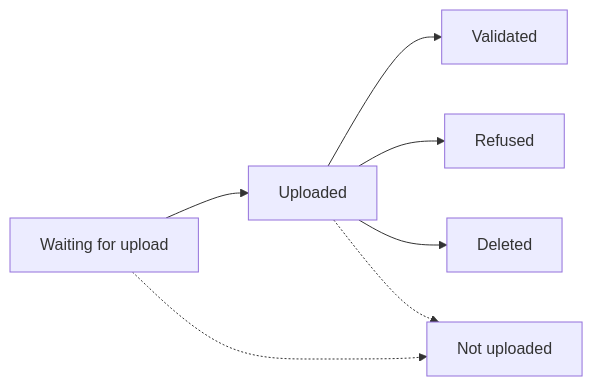
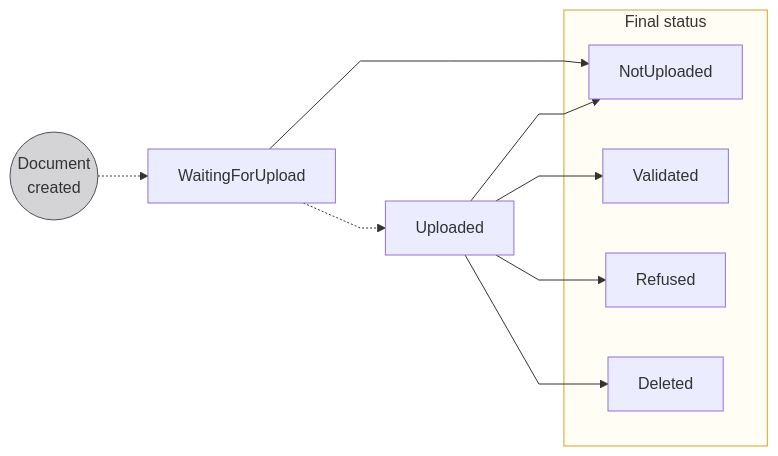
Before and after one commit to swan-io/docs: the second of 2 diagrams in docs/topics/onboarding/documents/about.mdx, drawn with Mermaid. The commit also changed other lines of this file and 4 other files, not shown here.

````diff
--- a/docs/topics/onboarding/documents/about.mdx
+++ b/docs/topics/onboarding/documents/about.mdx
@@ -67,8 +76,19 @@
 ```mermaid
+%%{ init: { 'flowchart': { 'curve': 'linear' } } }%%
 flowchart LR
-    A[Waiting for upload] --> B[Uploaded]
-    B --> C[Validated]
-    B --> D[Refused]
-    B --> E[Deleted]
-    A & B -.-> F[Not uploaded]
+    DO((Document<br/>created)) -.-> W[WaitingForUpload]
+    W --> NU[NotUploaded]
+    W -.-> U[Uploaded]
+    U --> V[Validated]
+    U --> RF[Refused]
+    U --> D[Deleted]
+    subgraph F[Final status]
+        V
+        RF
+        D
+        NU
+    end
+    U --> NU
+    style DO fill:#D4D3D5,stroke:#514F59
+    style F fill:#fffdf4,stroke:#cca922
 ```
````
